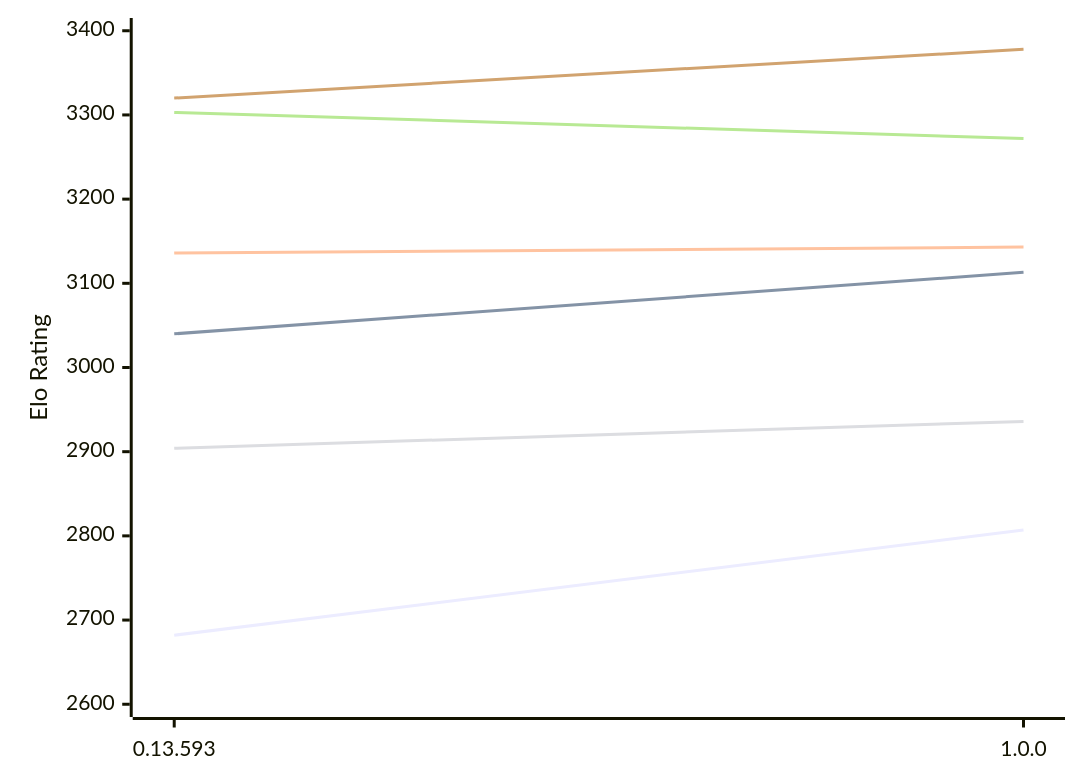
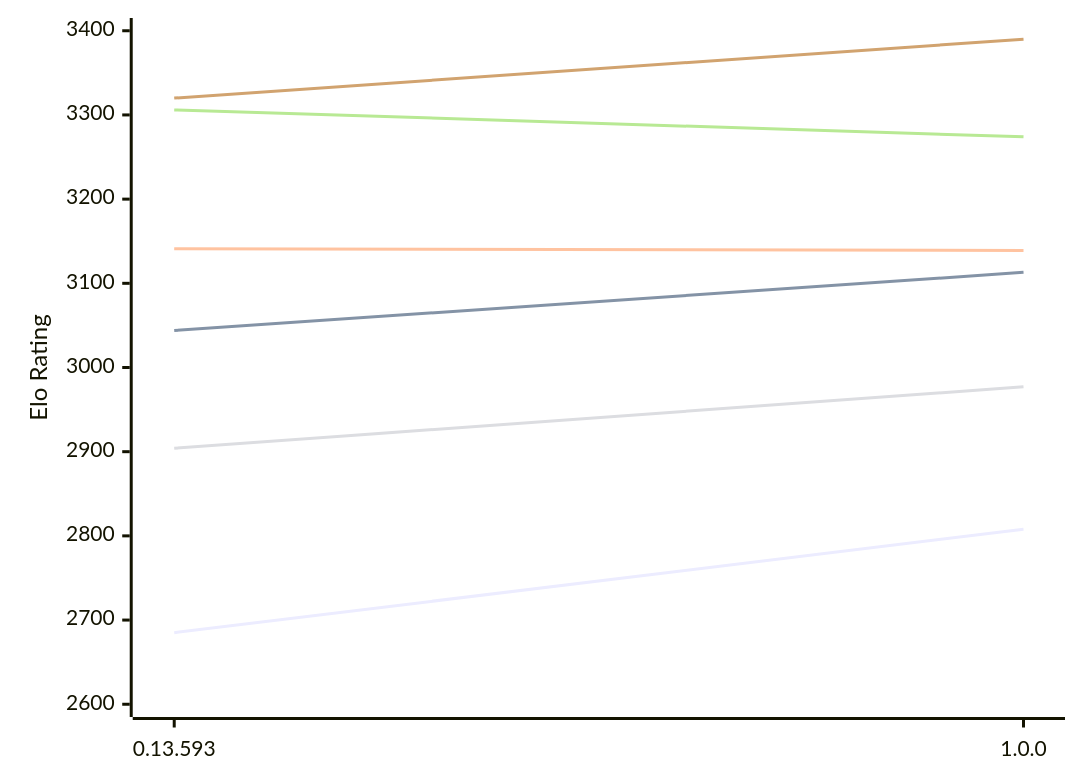
One commit to computer-chess-index/cci changed the diagram in engines/Pawnstar.md. Above: the diagram before and after it, drawn with Mermaid. The commit also changed other lines of this file, not shown here.

Commit message:
Update CCI Ratings (ELO VLTC) - 2026-10-17

````diff
--- a/engines/Pawnstar.md
+++ b/engines/Pawnstar.md
@@ -49,12 +49,12 @@
 ```mermaid
 %%{init: {"theme":"base","themeVariables":{"seriesColors:['#a3a3a3','#222221','#faa371']}}}%%
 xychart-beta
   x-axis ["0.13.593", "1.0.0"]
   y-axis "Elo Rating" 2600 --> 3400
-  line "E1: STC (8.0+0.08s)" [2682, 2807]
-  line "E1: LTC (60.0+0.60s)" [3040, 3113]
-  line "E1: VLTC (2m24s+1.12s)" [3136, 3143]
-  line "P1: STC (8.0+0.08s)" [2904, 2936]
-  line "P1: LTC (60.0+0.60s)" [3303, 3272]
-  line "P1: VLTC (2m24s+1.12s)" [3320, 3378]
+  line "E1: STC (8.0+0.08s)" [2685, 2808]
+  line "E1: LTC (60.0+0.60s)" [3044, 3113]
+  line "E1: VLTC (2m24s+1.12s)" [3141, 3139]
+  line "P1: STC (8.0+0.08s)" [2904, 2977]
+  line "P1: LTC (60.0+0.60s)" [3306, 3274]
+  line "P1: VLTC (2m24s+1.12s)" [3320, 3390]
 ```
````
